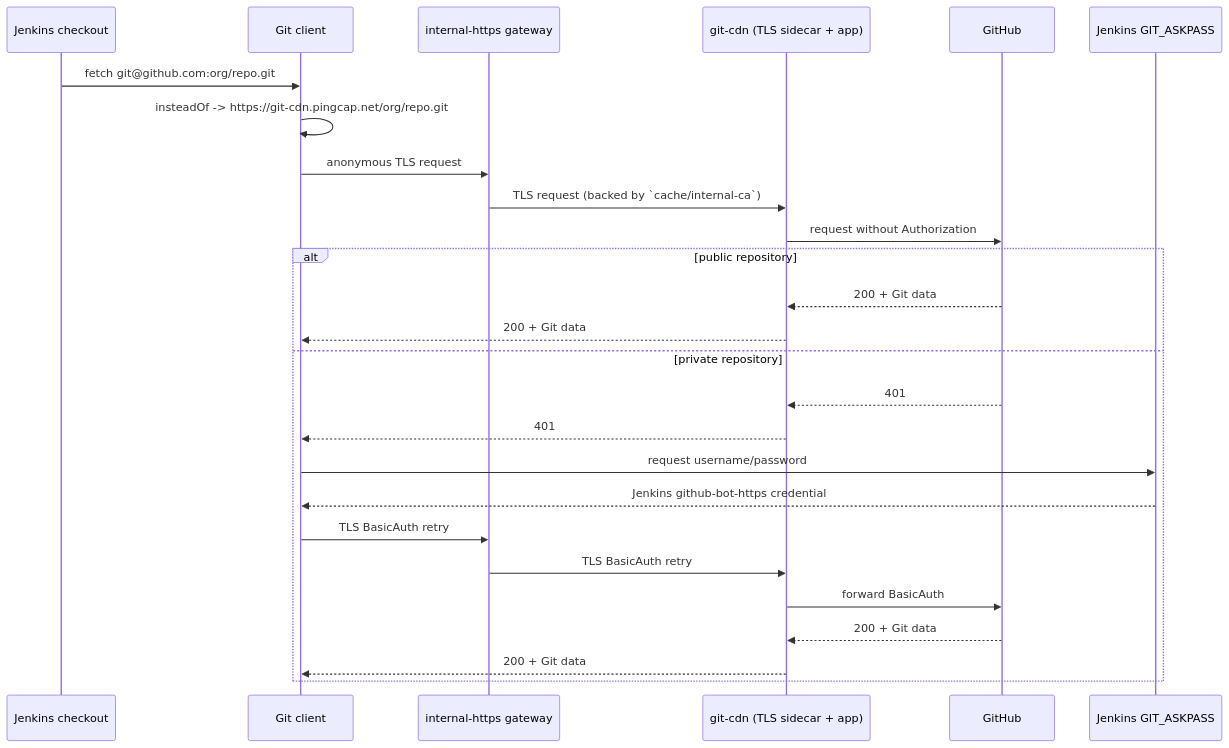
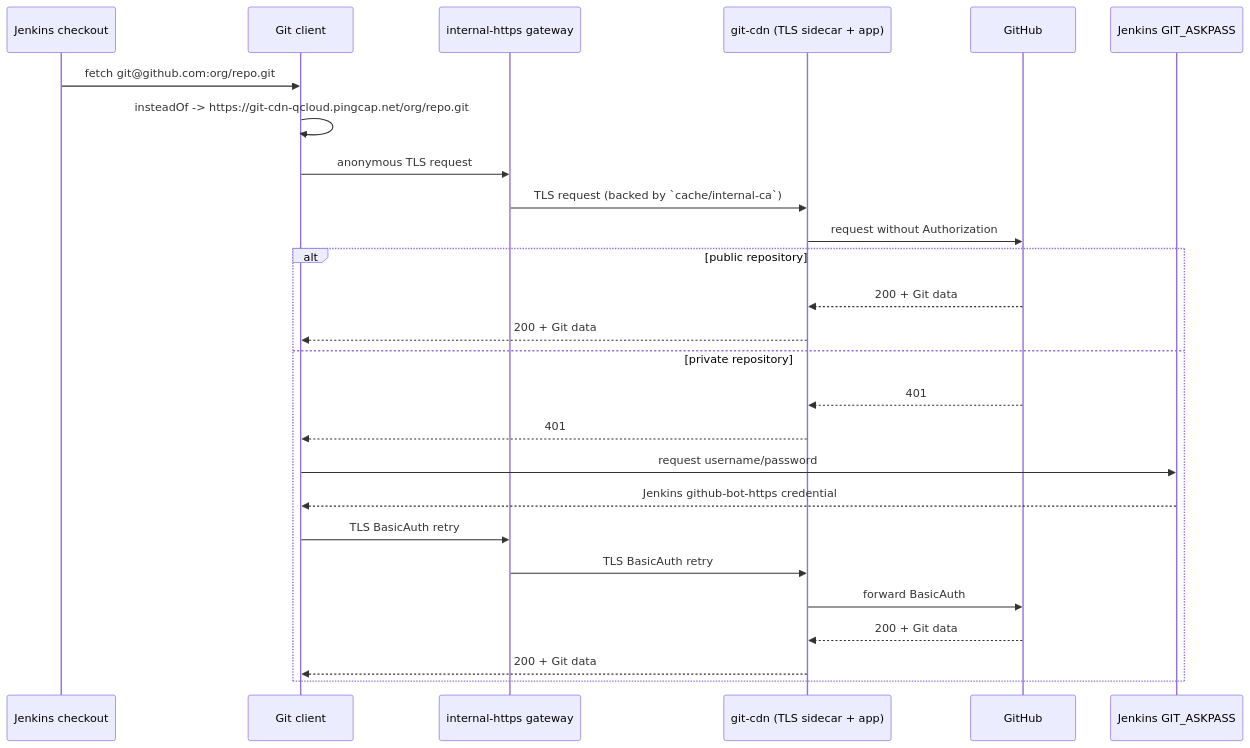
Before and after one commit to PingCAP-QE/ee-ops: the second of 2 diagrams in docs/git-cdn-jenkins-auth.md, drawn with Mermaid. The commit also changed other lines of this file and 2 other files, not shown here.

First line of the commit message:
feat(tencentcloud/jenkins): point the CDN rewrites at the cluster-scoped host (#2923)

````diff
--- a/docs/git-cdn-jenkins-auth.md
+++ b/docs/git-cdn-jenkins-auth.md
@@ -69,29 +69,29 @@
 ```mermaid
 sequenceDiagram
     participant Job as Jenkins checkout
     participant Git as Git client
     participant GW as internal-https gateway
     participant CDN as git-cdn (TLS sidecar + app)
     participant GH as GitHub
     participant AP as Jenkins GIT_ASKPASS
 
     Job->>Git: fetch git@github.com:org/repo.git
-    Git->>Git: insteadOf -> https://git-cdn.pingcap.net/org/repo.git
+    Git->>Git: insteadOf -> https://git-cdn-qcloud.pingcap.net/org/repo.git
     Git->>GW: anonymous TLS request
     GW->>CDN: TLS request (backed by `cache/internal-ca`)
     CDN->>GH: request without Authorization
     alt public repository
         GH-->>CDN: 200 + Git data
         CDN-->>Git: 200 + Git data
     else private repository
         GH-->>CDN: 401
         CDN-->>Git: 401
         Git->>AP: request username/password
         AP-->>Git: Jenkins github-bot-https credential
         Git->>GW: TLS BasicAuth retry
         GW->>CDN: TLS BasicAuth retry
         CDN->>GH: forward BasicAuth
         GH-->>CDN: 200 + Git data
         CDN-->>Git: 200 + Git data
     end
 ```
````
